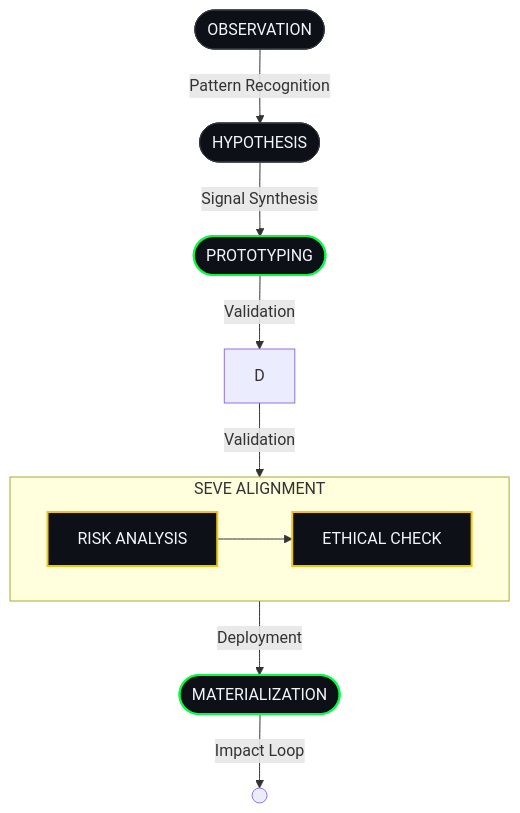
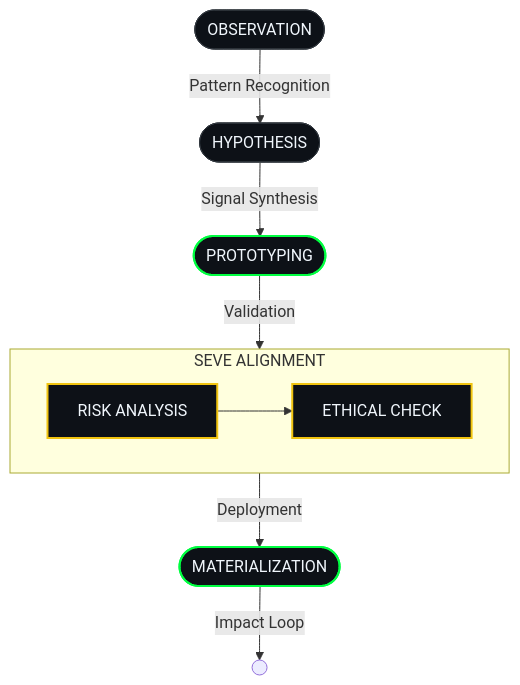
Before and after one commit to SH1W4/sh1w4: the diagram in README.md, drawn with Mermaid.

Commit message:
fix(profile): remove orphan methodology node

````diff
--- a/README.md
+++ b/README.md
@@ -131,23 +131,22 @@
 ```mermaid
 flowchart TD
     A([OBSERVATION]) -->|Pattern Recognition| B([HYPOTHESIS])
     B -->|Signal Synthesis| C([PROTOTYPING])
-    C -->|Validation| D
+    C -->|Validation| E
 
     subgraph SEVE["SEVE ALIGNMENT"]
         direction LR
         E["RISK ANALYSIS"] --> F["ETHICAL CHECK"]
     end
 
-    D -->|Validation| E
     F -->|Deployment| G([MATERIALIZATION])
     G -->|Impact Loop| H(( ))
     
     classDef base fill:#0d1117,stroke:#30363d,stroke-width:1px,color:#f0f6fc;
     classDef active fill:#0d1117,stroke:#00ff41,stroke-width:2px,color:#f0f6fc;
     classDef gate fill:#0d1117,stroke:#f1c40f,stroke-width:2px,color:#f0f6fc;
     
     class A,B base;
     class C,G active;
     class E,F gate;
 ```
````
